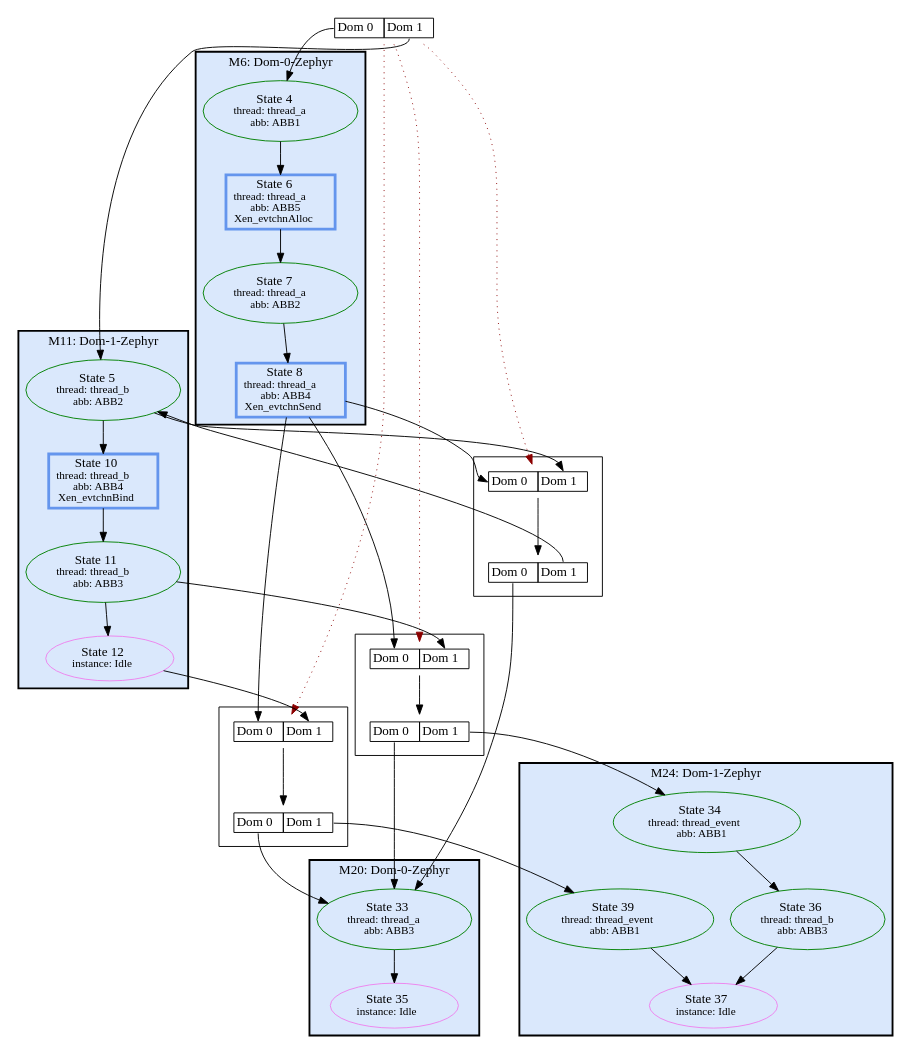
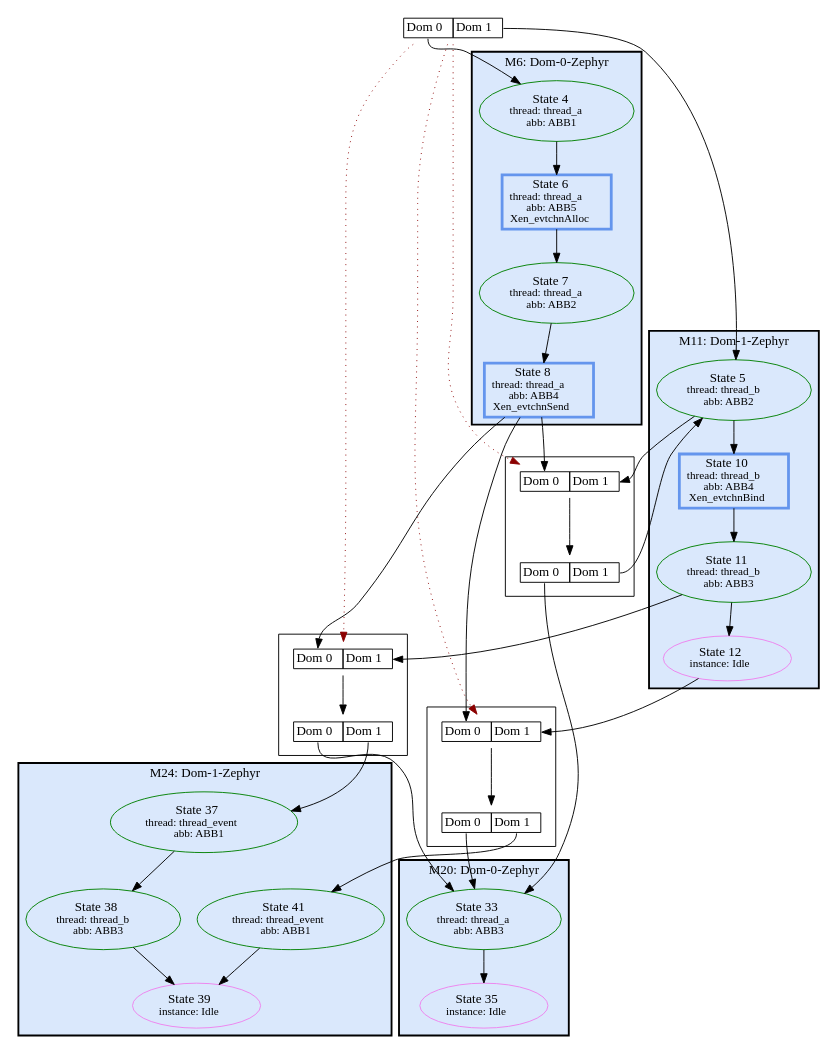
The diagram in appl/Xen/hc-zephyr-notiming/HyperSSE.hc-zephyr-notiming.hstg.dot (luhsra/ara), drawn with Graphviz before and after one commit. The commit also changed 18 other files, not shown here.

```diff
--- a/appl/Xen/hc-zephyr-notiming/HyperSSE.hc-zephyr-notiming.hstg.dot
+++ b/appl/Xen/hc-zephyr-notiming/HyperSSE.hc-zephyr-notiming.hstg.dot
@@ -1,83 +1,83 @@
 digraph G {
 label="";
 1 [label=<<TABLE BORDER="0" CELLBORDER="1" CELLSPACING="0"><TR><TD PORT="c0">Dom 0</TD><TD PORT="c1">Dom 1</TD></TR></TABLE>>, shape=plaintext, tooltip=1];
 subgraph cluster_6 {
 label="M6: Dom-0-Zephyr";
 bgcolor="#DAE8FC";
 style=bold;
 2 [fontsize=14, label=<State 4<br/><font point-size='12'>thread: thread_a<br/>abb: ABB1</font>>, tooltip=2, style=solid, color=green];
 3 [fontsize=14, label=<State 6<br/><font point-size='12'>thread: thread_a<br/>abb: ABB5<br/>Xen_evtchnAlloc</font>>, tooltip=3, color=cornflowerblue, shape=box, penwidth=3];
 4 [fontsize=14, label=<State 7<br/><font point-size='12'>thread: thread_a<br/>abb: ABB2</font>>, tooltip=4, style=solid, color=green];
 5 [fontsize=14, label=<State 8<br/><font point-size='12'>thread: thread_a<br/>abb: ABB4<br/>Xen_evtchnSend</font>>, tooltip=5, color=cornflowerblue, shape=box, penwidth=3];
 }
 subgraph cluster_11 {
 label="M11: Dom-1-Zephyr";
 bgcolor="#DAE8FC";
 style=bold;
 8 [fontsize=14, label=<State 10<br/><font point-size='12'>thread: thread_b<br/>abb: ABB4<br/>Xen_evtchnBind</font>>, tooltip=8, color=cornflowerblue, shape=box, penwidth=3];
 9 [fontsize=14, label=<State 11<br/><font point-size='12'>thread: thread_b<br/>abb: ABB3</font>>, tooltip=9, style=solid, color=green];
 10 [fontsize=14, label=<State 12<br/><font point-size='12'>instance: Idle</font>>, tooltip=10, style=solid, color=violet];
 7 [fontsize=14, label=<State 5<br/><font point-size='12'>thread: thread_b<br/>abb: ABB2</font>>, tooltip=7, style=solid, color=green];
 }
 subgraph cluster_20 {
 label="M20: Dom-0-Zephyr";
 bgcolor="#DAE8FC";
 style=bold;
 18 [fontsize=14, label=<State 33<br/><font point-size='12'>thread: thread_a<br/>abb: ABB3</font>>, tooltip=18, style=solid, color=green];
 19 [fontsize=14, label=<State 35<br/><font point-size='12'>instance: Idle</font>>, tooltip=19, style=solid, color=violet];
 }
 subgraph cluster_24 {
 label="M24: Dom-1-Zephyr";
 bgcolor="#DAE8FC";
 style=bold;
-21 [fontsize=14, label=<State 34<br/><font point-size='12'>thread: thread_event<br/>abb: ABB1</font>>, tooltip=21, style=solid, color=green];
-22 [fontsize=14, label=<State 36<br/><font point-size='12'>thread: thread_b<br/>abb: ABB3</font>>, tooltip=22, style=solid, color=green];
-23 [fontsize=14, label=<State 37<br/><font point-size='12'>instance: Idle</font>>, tooltip=23, style=solid, color=violet];
-25 [fontsize=14, label=<State 39<br/><font point-size='12'>thread: thread_event<br/>abb: ABB1</font>>, tooltip=25, style=solid, color=green];
+21 [fontsize=14, label=<State 37<br/><font point-size='12'>thread: thread_event<br/>abb: ABB1</font>>, tooltip=21, style=solid, color=green];
+22 [fontsize=14, label=<State 38<br/><font point-size='12'>thread: thread_b<br/>abb: ABB3</font>>, tooltip=22, style=solid, color=green];
+23 [fontsize=14, label=<State 39<br/><font point-size='12'>instance: Idle</font>>, tooltip=23, style=solid, color=violet];
+25 [fontsize=14, label=<State 41<br/><font point-size='12'>thread: thread_event<br/>abb: ABB1</font>>, tooltip=25, style=solid, color=green];
 }
 subgraph cluster_Metasync12 {
 label="";
 12 [label=<<TABLE BORDER="0" CELLBORDER="1" CELLSPACING="0"><TR><TD PORT="c0">Dom 0</TD><TD PORT="c1">Dom 1</TD></TR></TABLE>>, shape=plaintext, tooltip=12];
 13 [label=<<TABLE BORDER="0" CELLBORDER="1" CELLSPACING="0"><TR><TD PORT="c0">Dom 0</TD><TD PORT="c1">Dom 1</TD></TR></TABLE>>, shape=plaintext, tooltip=13];
 }
 subgraph cluster_Metasync14 {
 label="";
 14 [label=<<TABLE BORDER="0" CELLBORDER="1" CELLSPACING="0"><TR><TD PORT="c0">Dom 0</TD><TD PORT="c1">Dom 1</TD></TR></TABLE>>, shape=plaintext, tooltip=14];
 15 [label=<<TABLE BORDER="0" CELLBORDER="1" CELLSPACING="0"><TR><TD PORT="c0">Dom 0</TD><TD PORT="c1">Dom 1</TD></TR></TABLE>>, shape=plaintext, tooltip=15];
 }
 subgraph cluster_Metasync16 {
 label="";
 16 [label=<<TABLE BORDER="0" CELLBORDER="1" CELLSPACING="0"><TR><TD PORT="c0">Dom 0</TD><TD PORT="c1">Dom 1</TD></TR></TABLE>>, shape=plaintext, tooltip=16];
 17 [label=<<TABLE BORDER="0" CELLBORDER="1" CELLSPACING="0"><TR><TD PORT="c0">Dom 0</TD><TD PORT="c1">Dom 1</TD></TR></TABLE>>, shape=plaintext, tooltip=17];
 }
 1:c0 -> 2 [color=black];
 1:c1 -> 7 [color=black];
 1 -> 12 [color=darkred, style=dotted];
 1 -> 14 [color=darkred, style=dotted];
 1 -> 16 [color=darkred, style=dotted];
 2 -> 3 [color=black];
 3 -> 4 [color=black];
 4 -> 5 [color=black];
 5 -> 12:c0 [color=black];
 5 -> 14:c0 [color=black];
 5 -> 16:c0 [color=black];
 7 -> 8 [color=black];
-7 -> 16:c1 [color=black];
+7 -> 12:c1 [color=black];
 8 -> 9 [color=black];
 9 -> 10 [color=black];
-9 -> 12:c1 [color=black];
-10 -> 14:c1 [color=black];
+9 -> 14:c1 [color=black];
+10 -> 16:c1 [color=black];
 12 -> 13 [color=black];
 13:c0 -> 18 [color=black];
-13:c1 -> 21 [color=black];
+13:c1 -> 7 [color=black];
 14 -> 15 [color=black];
 15:c0 -> 18 [color=black];
-15:c1 -> 25 [color=black];
+15:c1 -> 21 [color=black];
 16 -> 17 [color=black];
 17:c0 -> 18 [color=black];
-17:c1 -> 7 [color=black];
+17:c1 -> 25 [color=black];
 18 -> 19 [color=black];
 21 -> 22 [color=black];
 22 -> 23 [color=black];
 25 -> 23 [color=black];
 }
```
